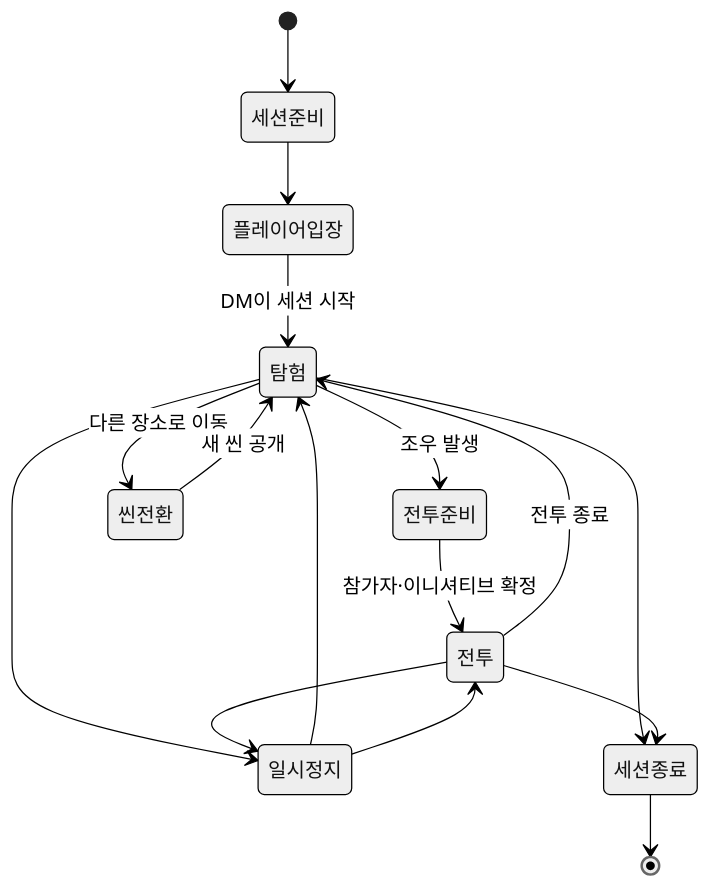
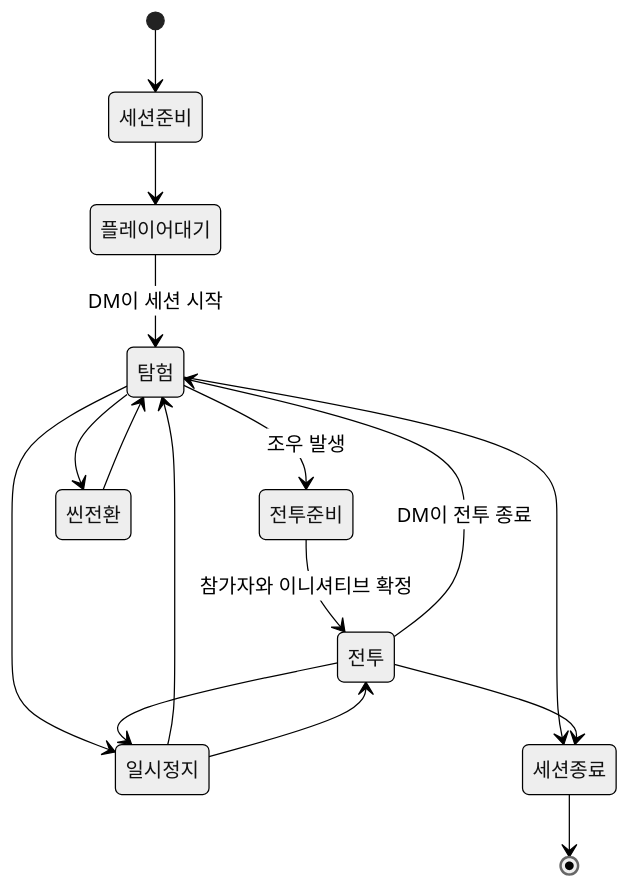
The diagram in docs/remake/02-core-session-loop.md (Kaetaeru/RVTT), drawn with Mermaid (neutral theme) before and after one commit. The commit also changed other lines of this file, not shown here.

Commit message:
docs: refine session flow, camera, grid, and movement

````diff
--- a/docs/remake/02-core-session-loop.md
+++ b/docs/remake/02-core-session-loop.md
@@ -105,18 +142,18 @@
 ```mermaid
 stateDiagram-v2
     [*] --> 세션준비
-    세션준비 --> 플레이어입장
-    플레이어입장 --> 탐험: DM이 세션 시작
+    세션준비 --> 플레이어대기
+    플레이어대기 --> 탐험: DM이 세션 시작
     탐험 --> 전투준비: 조우 발생
-    전투준비 --> 전투: 참가자·이니셔티브 확정
-    전투 --> 탐험: 전투 종료
-    탐험 --> 씬전환: 다른 장소로 이동
-    씬전환 --> 탐험: 새 씬 공개
+    전투준비 --> 전투: 참가자와 이니셔티브 확정
+    전투 --> 탐험: DM이 전투 종료
+    탐험 --> 씬전환
+    씬전환 --> 탐험
     탐험 --> 일시정지
     전투 --> 일시정지
     일시정지 --> 탐험
     일시정지 --> 전투
     탐험 --> 세션종료
     전투 --> 세션종료
     세션종료 --> [*]
 ```
````
